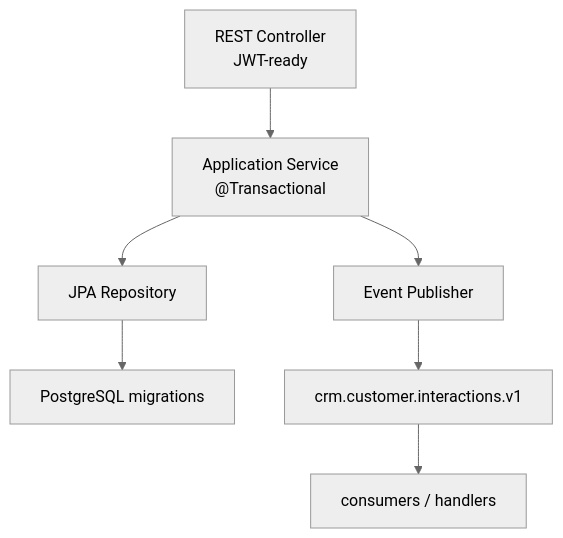
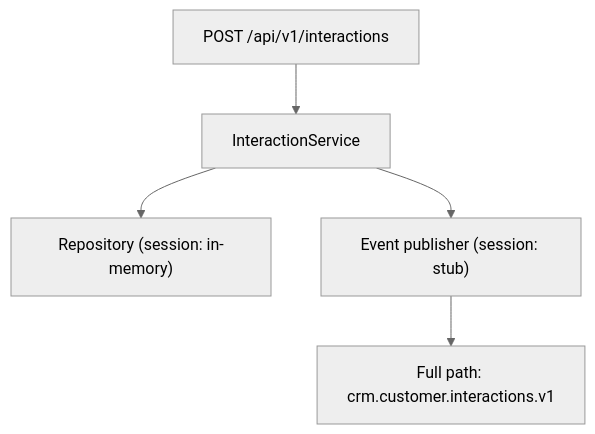
The diagram in labs/Week 6 - Capstone Project/module-49/lab49/LAB-49-GUIDE.md (Innovation-In-Software/bc-sw-engineer-java-participant), drawn with Mermaid (neutral theme) before and after one commit. The commit also changed other lines of this file and 54 other files, not shown here.

````diff
--- a/labs/Week 6 - Capstone Project/module-49/lab49/LAB-49-GUIDE.md
+++ b/labs/Week 6 - Capstone Project/module-49/lab49/LAB-49-GUIDE.md
@@ -121,9 +128,7 @@
 ```mermaid
 flowchart TB
-  Ctrl["REST Controller<br/>JWT-ready"] --> Svc["Application Service<br/>@Transactional"]
-  Svc --> JPA["JPA Repository"]
-  JPA --> PG["PostgreSQL migrations"]
-  Svc --> Pub["Event Publisher"]
-  Pub --> Kafka["crm.customer.interactions.v1"]
-  Kafka --> Cons["consumers / handlers"]
+  Ctrl["POST /api/v1/interactions"] --> Svc["InteractionService"]
+  Svc --> Repo["Repository (session: in-memory)"]
+  Svc --> Pub["Event publisher (session: stub)"]
+  Pub --> Kafka["Full path: crm.customer.interactions.v1"]
 ```
````
